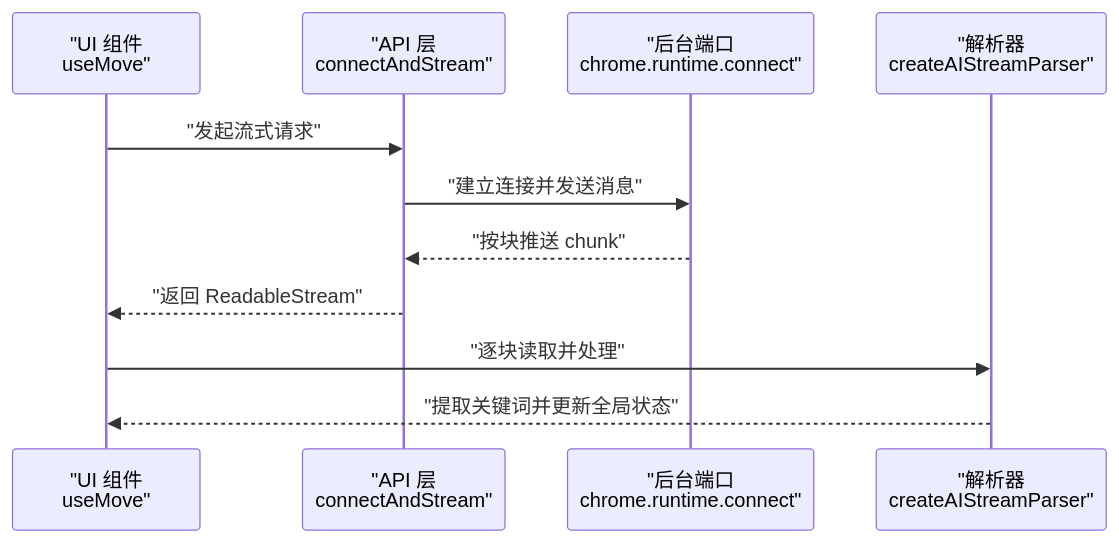
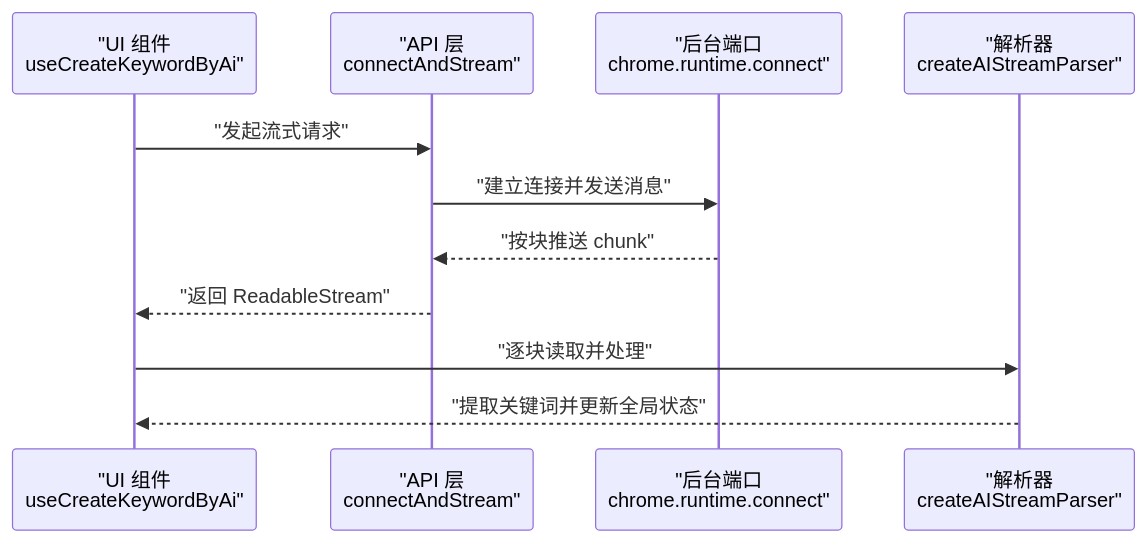
The second of 7 diagrams in .qoder/repowiki/zh/content/开发指南/测试策略与实践.md (RadiumAg/bilibili-favorites), drawn with Mermaid before and after one commit. The commit also changed other lines of this file and 21 other files, not shown here.

````diff
--- a/.qoder/repowiki/zh/content/开发指南/测试策略与实践.md
+++ b/.qoder/repowiki/zh/content/开发指南/测试策略与实践.md
@@ -120,13 +113,13 @@
 ```mermaid
 sequenceDiagram
-participant UI as "UI 组件<br/>useMove"
+participant UI as "UI 组件<br/>useCreateKeywordByAi"
 participant API as "API 层<br/>connectAndStream"
 participant BG as "后台端口<br/>chrome.runtime.connect"
 participant Parser as "解析器<br/>createAIStreamParser"
 UI->>API : "发起流式请求"
 API->>BG : "建立连接并发送消息"
 BG-->>API : "按块推送 chunk"
 API-->>UI : "返回 ReadableStream"
 UI->>Parser : "逐块读取并处理"
 Parser-->>UI : "提取关键词并更新全局状态"
 ```
````
